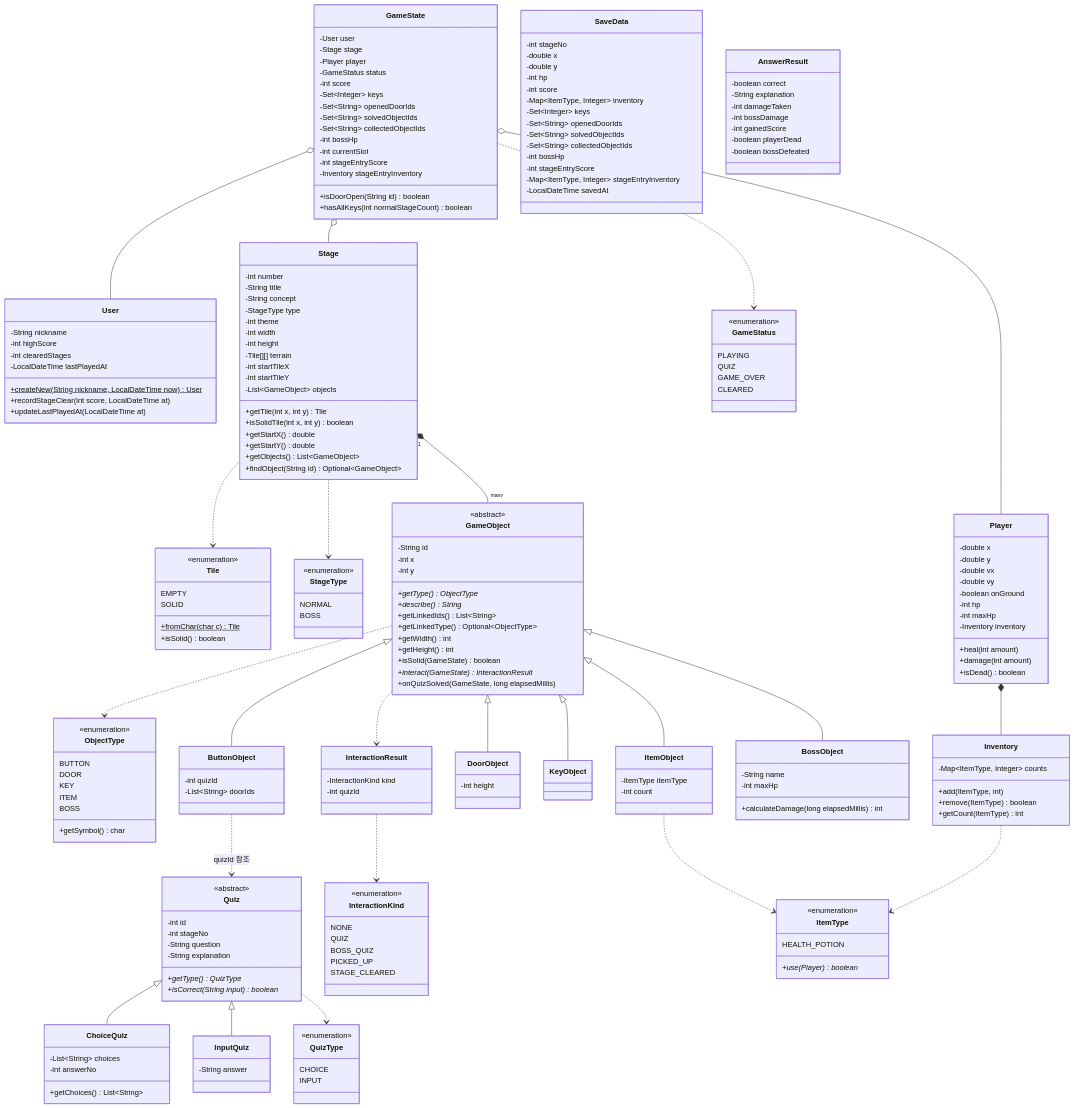
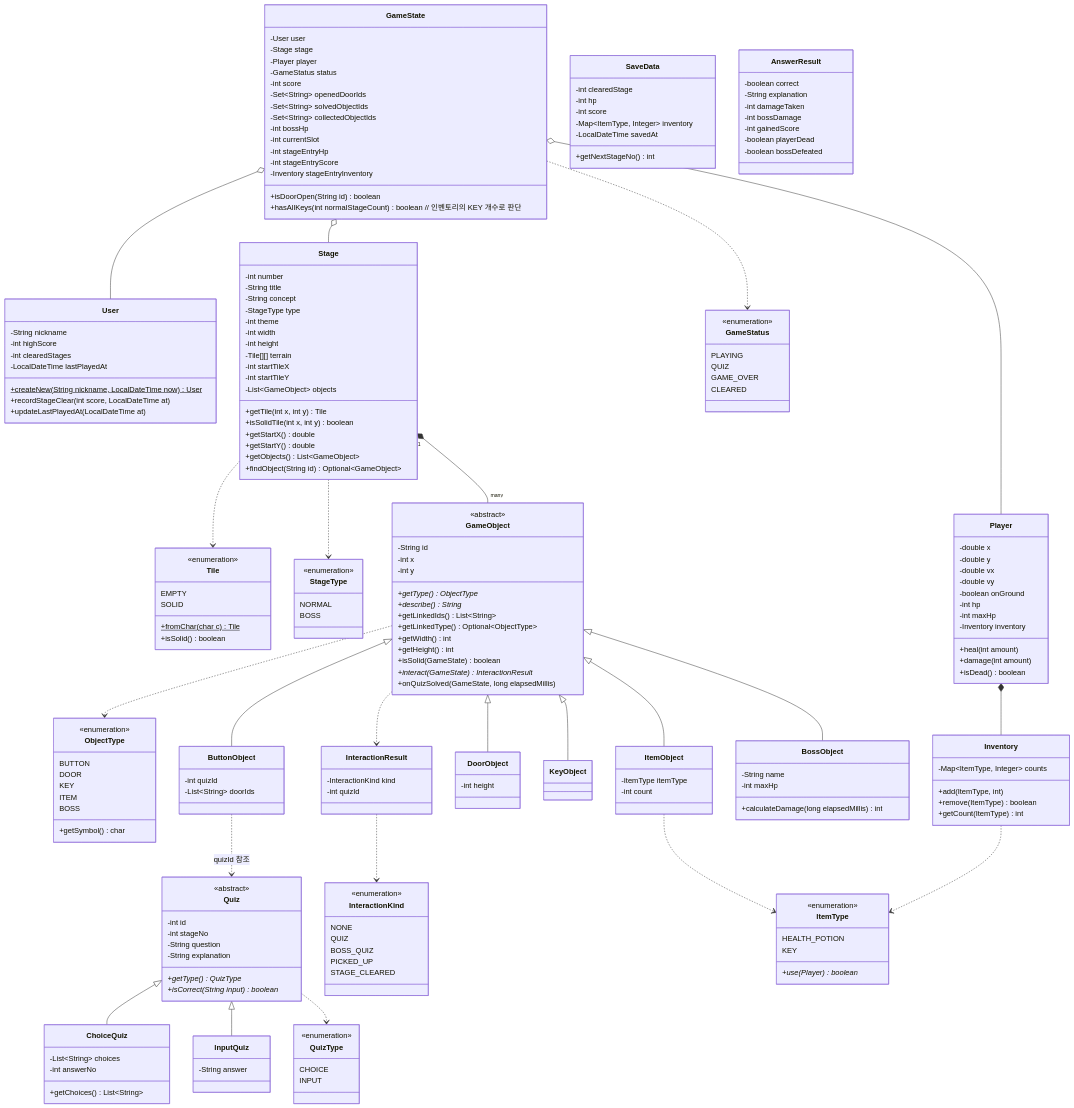
Before and after one commit to KGU-Projects/OOP_project: the first of 4 diagrams in docs/class-diagram.md, drawn with Mermaid. The commit also changed other lines of this file and 4 other files, not shown here.

```diff
--- a/docs/class-diagram.md
+++ b/docs/class-diagram.md
@@ -155,6 +155,7 @@
     class ItemType {
         <<enumeration>>
         HEALTH_POTION
+        KEY
         +use(Player) boolean*
     }
     class Inventory {
@@ -192,16 +193,16 @@
         -Player player
         -GameStatus status
         -int score
-        -Set~Integer~ keys
         -Set~String~ openedDoorIds
         -Set~String~ solvedObjectIds
         -Set~String~ collectedObjectIds
         -int bossHp
         -int currentSlot
+        -int stageEntryHp
         -int stageEntryScore
         -Inventory stageEntryInventory
         +isDoorOpen(String id) boolean
-        +hasAllKeys(int normalStageCount) boolean
+        +hasAllKeys(int normalStageCount) boolean   // 인벤토리의 KEY 개수로 판단
     }
     GameState o-- User
     GameState o-- Stage
@@ -209,20 +210,12 @@
     GameState ..> GameStatus
 
     class SaveData {
-        -int stageNo
-        -double x
-        -double y
+        -int clearedStage
         -int hp
         -int score
         -Map~ItemType, Integer~ inventory
-        -Set~Integer~ keys
-        -Set~String~ openedDoorIds
-        -Set~String~ solvedObjectIds
-        -Set~String~ collectedObjectIds
-        -int bossHp
-        -int stageEntryScore
-        -Map~ItemType, Integer~ stageEntryInventory
         -LocalDateTime savedAt
+        +getNextStageNo() int
     }
 
     class AnswerResult {
```
